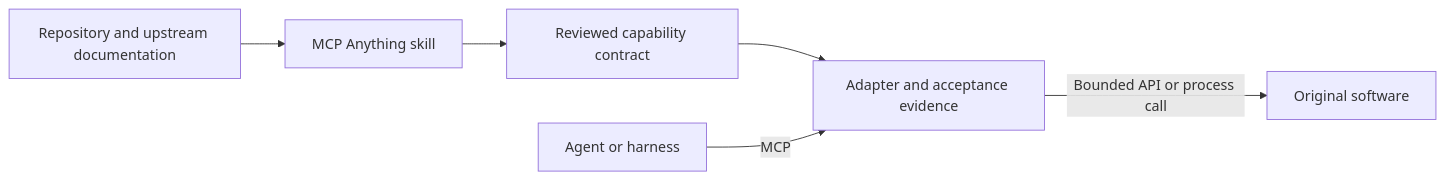
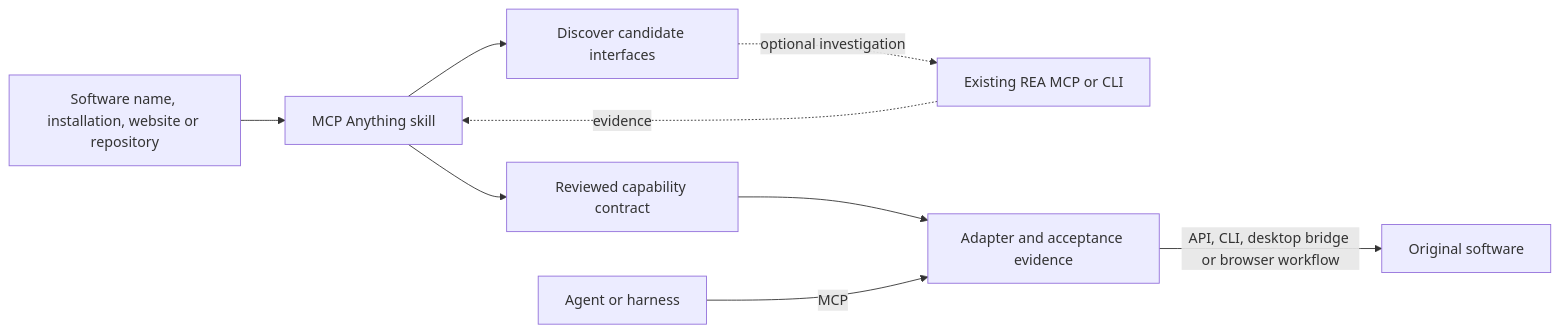
Before and after one commit to tianyixian/mcp-anything-skill: the diagram in docs/architecture.md, drawn with Mermaid. The commit also changed other lines of this file and 48 other files, not shown here.

Commit message:
Add installed-software discovery and optional REA integration

````diff
--- a/docs/architecture.md
+++ b/docs/architecture.md
@@ -9,8 +9,11 @@
 ```mermaid
 flowchart LR
-    R[Repository and upstream documentation] --> S[MCP Anything skill]
+    R[Software name, installation, website or repository] --> S[MCP Anything skill]
+    S --> D[Discover candidate interfaces]
+    D -. optional investigation .-> REA[Existing REA MCP or CLI]
+    REA -. evidence .-> S
     S --> C[Reviewed capability contract]
     C --> A[Adapter and acceptance evidence]
     H[Agent or harness] -->|MCP| A
-    A -->|Bounded API or process call| E[Original software]
+    A -->|API, CLI, desktop bridge or browser workflow| E[Original software]
 ```
````
